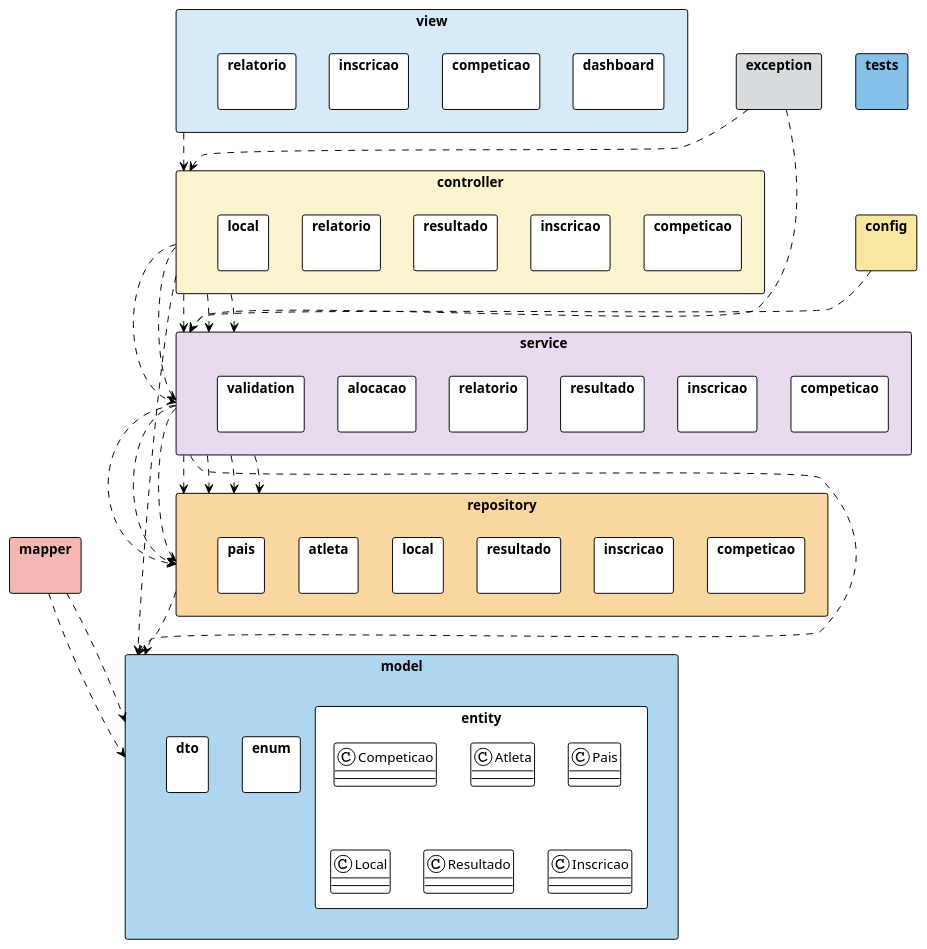
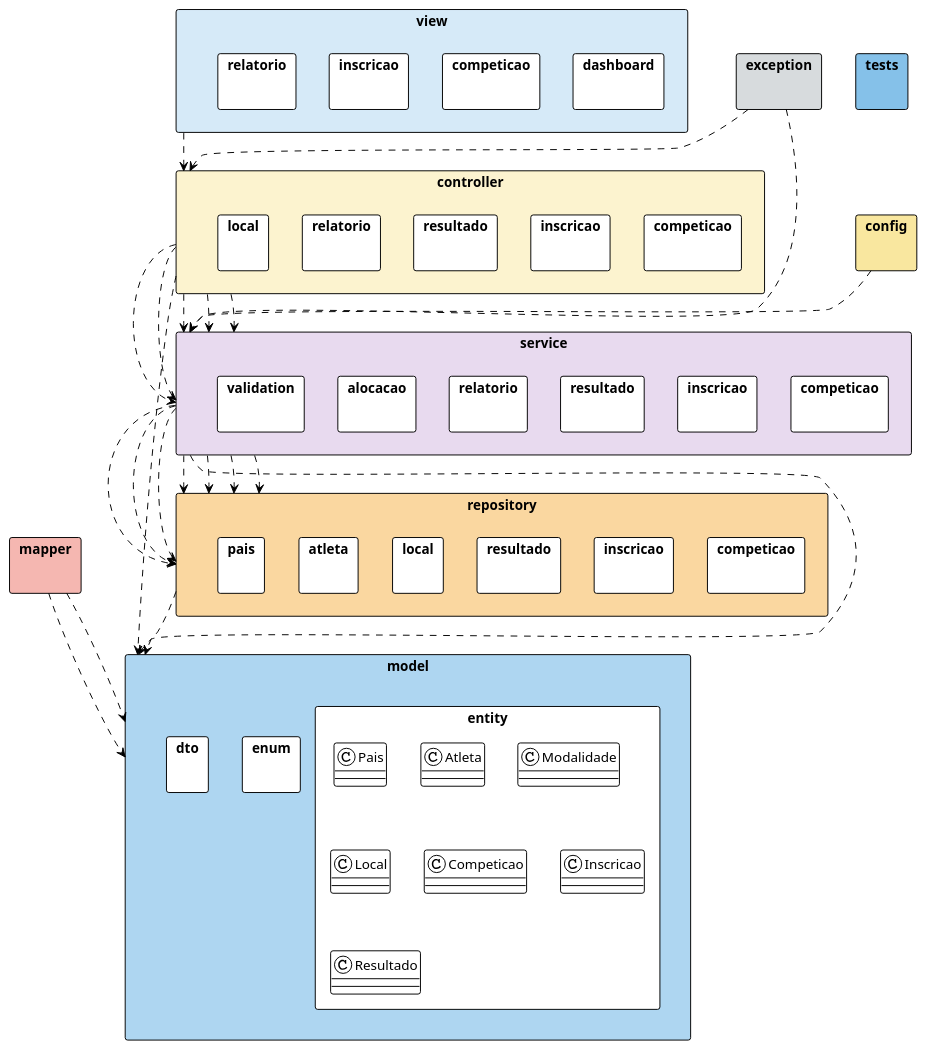
Before and after one commit to NatanMoroni08/sistema-gestao-olimpiadas: the diagram in codigos/diagrama-de-pacotes.puml, drawn with PlantUML. The commit also changed 1 other file, not shown here.

```diff
--- a/codigos/diagrama-de-pacotes.puml
+++ b/codigos/diagrama-de-pacotes.puml
@@ -1,143 +1,144 @@
 @startuml
 
 !theme plain
 skinparam packageStyle rectangle
 skinparam shadowing false
 
 package "view" #D6EAF8 {
 
     package "dashboard" {
     }
 
     package "competicao" {
     }
 
     package "inscricao" {
     }
 
     package "relatorio" {
     }
 }
 
 package "controller" #FCF3CF {
 
     package "competicao" {
     }
 
     package "inscricao" {
     }
 
     package "resultado" {
     }
 
     package "relatorio" {
     }
 
     package "local" {
     }
 }
 
 package "service" #E8DAEF {
 
     package "competicao" {
     }
 
     package "inscricao" {
     }
 
     package "resultado" {
     }
 
     package "relatorio" {
     }
 
     package "alocacao" {
     }
 
     package "validation" {
     }
 }
 
 package "repository" #FAD7A0 {
 
     package "competicao" {
     }
 
     package "inscricao" {
     }
 
     package "resultado" {
     }
 
     package "local" {
     }
 
     package "atleta" {
     }
 
     package "pais" {
     }
 }
 
 package "model" #AED6F1 {
 
     package "entity" {
 
+        class Pais
+        class Atleta
+        class Modalidade
+        class Local
         class Competicao
-        class Atleta
-        class Pais
-        class Local
+        class Inscricao
         class Resultado
-        class Inscricao
     }
 
     package "enum" {
     }
 
     package "dto" {
     }
 }
 
 package "mapper" #F5B7B1 {
 }
 
 package "exception" #D7DBDD {
 }
 
 package "config" #F9E79F {
 }
 
 package "tests" #85C1E9 {
 }
 
 view ..> controller
 controller ..> service
 service ..> repository
 repository ..> model
 
 mapper ..> model
 mapper ..> model::dto
 
 service ..> model
 controller ..> model::dto
 
 exception ..> controller
 exception ..> service
 
 config ..> service
 
 controller::competicao ..> service::competicao
 controller::inscricao ..> service::inscricao
 controller::resultado ..> service::resultado
 controller::relatorio ..> service::relatorio
 
 service::competicao ..> repository::competicao
 service::inscricao ..> repository::inscricao
 service::resultado ..> repository::resultado
 
 service::alocacao ..> repository::local
 
 service::relatorio ..> repository::resultado
 service::relatorio ..> repository::pais
 
 @enduml
```
